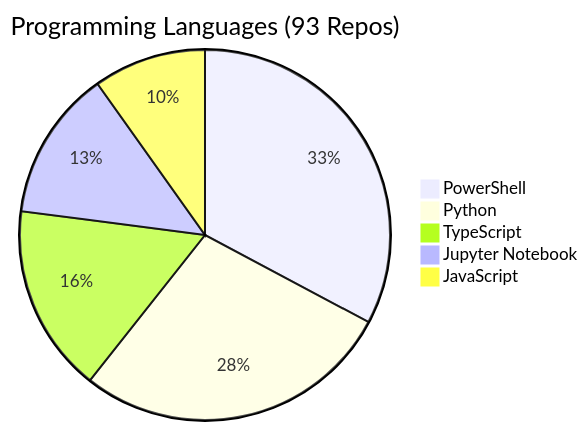
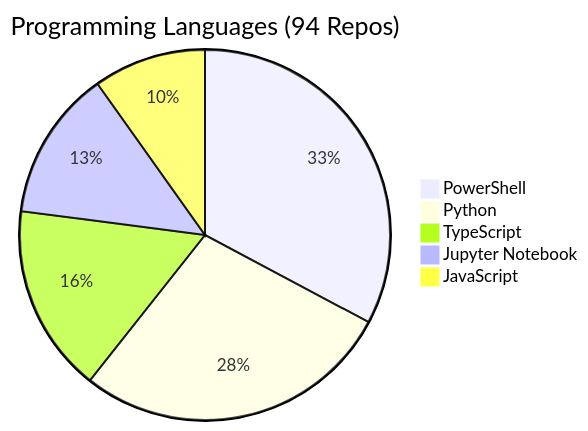
Before and after one commit to fabioc-aloha/fabioc-aloha: the diagram in REPOS.md, drawn with Mermaid. The commit also changed other lines of this file and 1 other file, not shown here.

````diff
--- a/REPOS.md
+++ b/REPOS.md
@@ -136,8 +137,8 @@
 ```mermaid
-pie title Programming Languages (93 Repos)
+pie title Programming Languages (94 Repos)
     "PowerShell" : 20
     "Python" : 17
     "TypeScript" : 10
     "Jupyter Notebook" : 8
     "JavaScript" : 6
 ```
````
